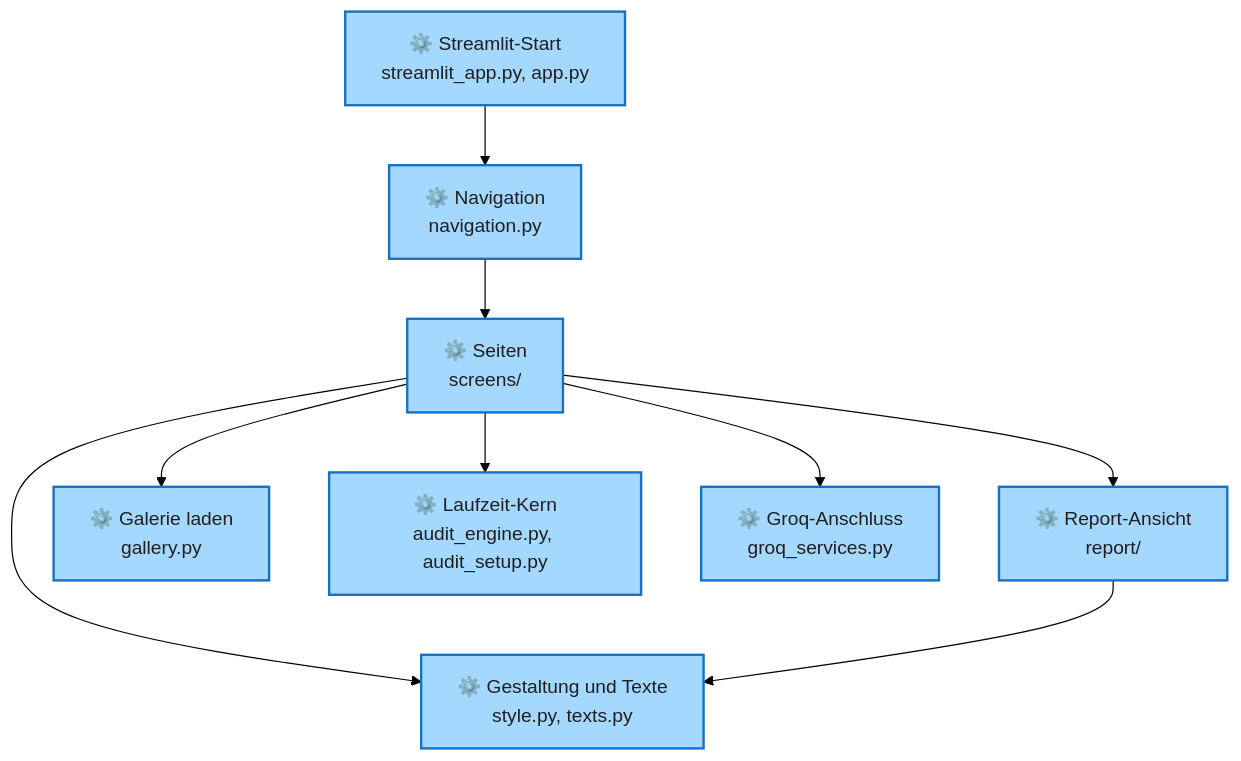
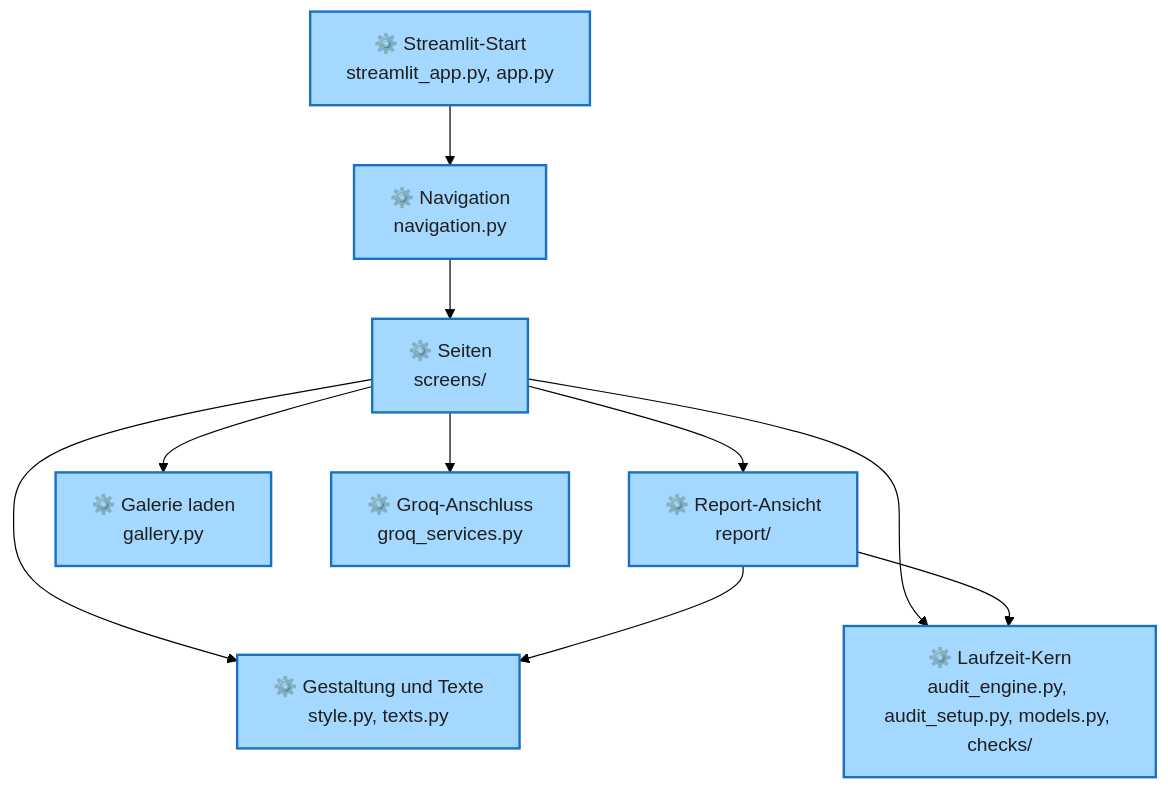
One commit to Daniel74/GovGuard changed diagram 12 of 23 in docs/ARCHITECTURE.md. Above: the diagram before and after it, drawn with Mermaid (forest theme). The commit also changed other lines of this file and 5 other files, not shown here.

Commit message:
#73 Architecture and Funktionsweise - Final Draft

````diff
--- a/docs/ARCHITECTURE.md
+++ b/docs/ARCHITECTURE.md
@@ -1555,15 +1272,15 @@
 ```mermaid
 flowchart TB
   ST["⚙️ Streamlit-Start<br/>streamlit_app.py, app.py"]:::code
   NAV["⚙️ Navigation<br/>navigation.py"]:::code
   SCR["⚙️ Seiten<br/>screens/"]:::code
   REP["⚙️ Report-Ansicht<br/>report/"]:::code
   LOOK["⚙️ Gestaltung und Texte<br/>style.py, texts.py"]:::code
   GAL["⚙️ Galerie laden<br/>gallery.py"]:::code
-  KERN["⚙️ Laufzeit-Kern<br/>audit_engine.py, audit_setup.py"]:::code
+  KERN["⚙️ Laufzeit-Kern<br/>audit_engine.py, audit_setup.py, models.py, checks/"]:::code
   GROQ["⚙️ Groq-Anschluss<br/>groq_services.py"]:::code
   ST --> NAV --> SCR
   SCR --> REP & LOOK & GAL & KERN & GROQ
-  REP --> LOOK
+  REP --> LOOK & KERN
   classDef code fill:#a5d8ff,stroke:#1971c2,color:#1f1f1f,stroke-width:2px
 ```
````
